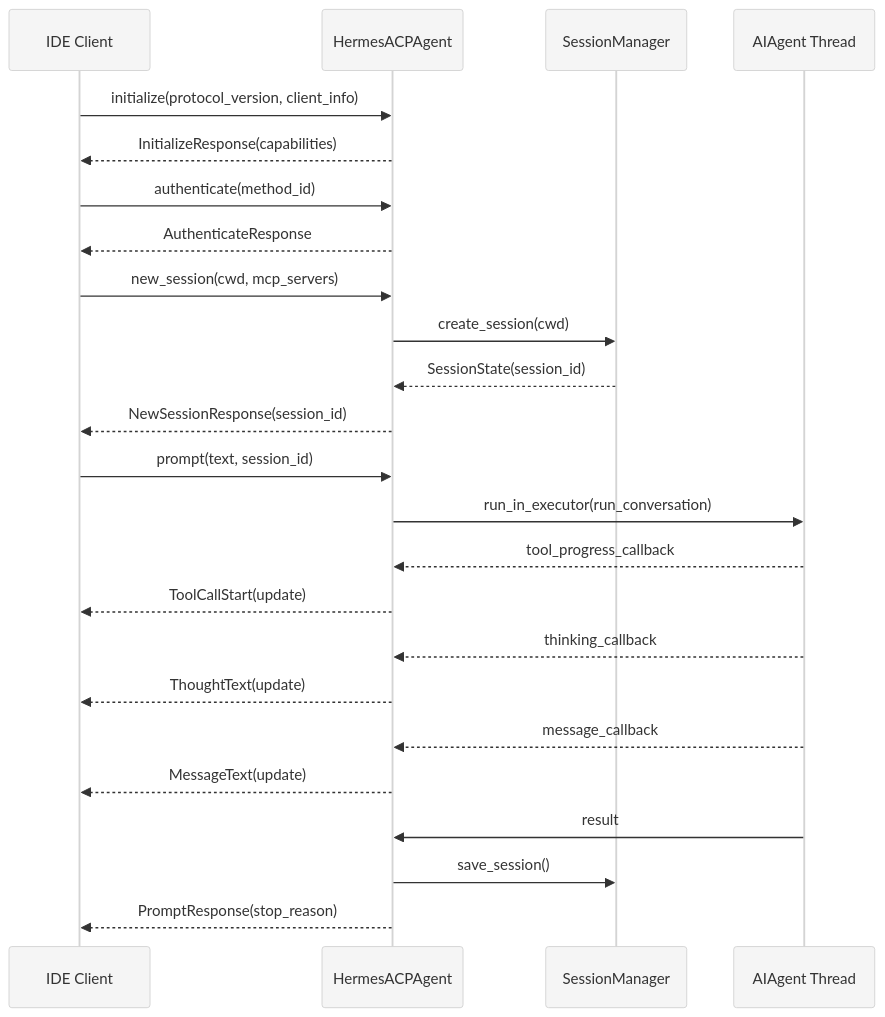
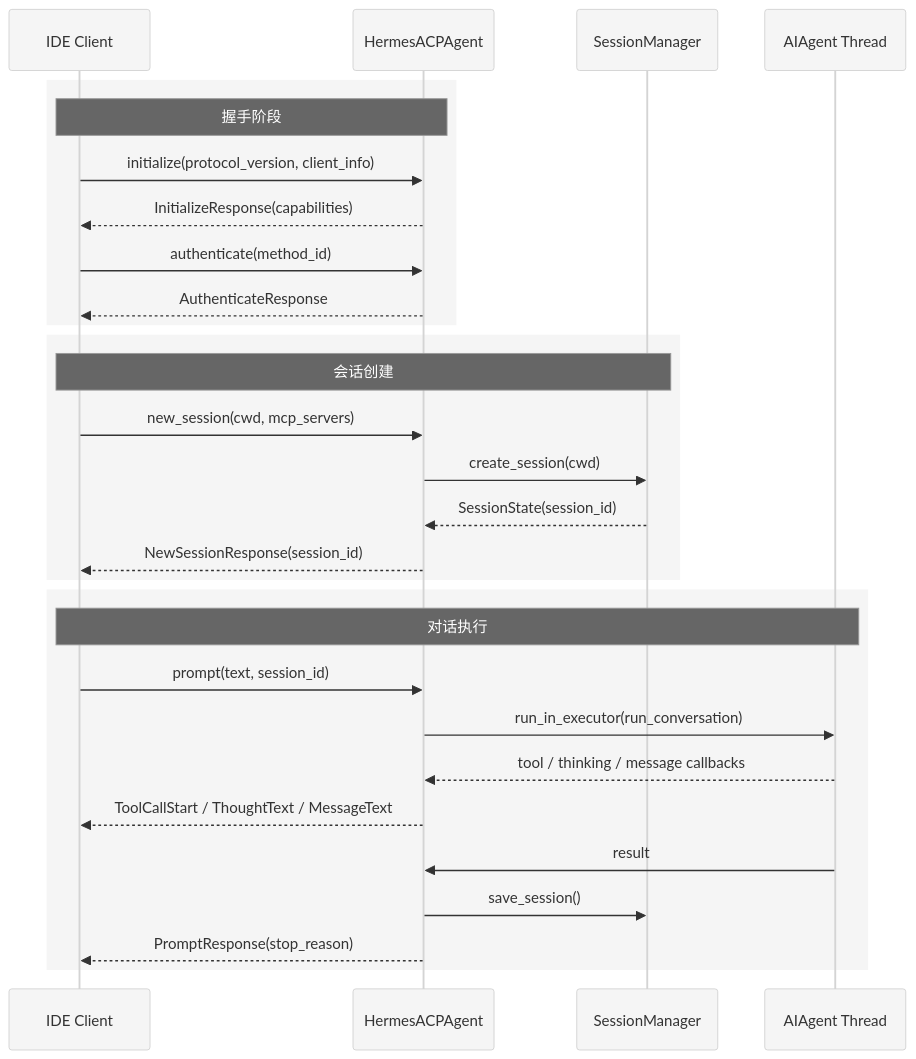
Before and after one commit to xiaonancs/hermes-agent-study: the second of 2 diagrams in Part II 源码分析/23-ACP-IDE集成.md, drawn with Mermaid. The commit also changed other lines of this file and 32 other files, not shown here.

First line of the commit message:
Mermaid 图表修复：白色背景板 + 长宽比优化

````diff
--- a/Part II 源码分析/23-ACP-IDE集成.md
+++ b/Part II 源码分析/23-ACP-IDE集成.md
@@ -99,28 +99,35 @@
 ```mermaid
 %%{init: {'theme': 'neutral', 'themeVariables': {'background': '#ffffff', 'primaryColor': '#f5f5f5', 'primaryTextColor': '#000000', 'primaryBorderColor': '#333333', 'lineColor': '#444444', 'textColor': '#000000', 'mainBkg': '#f5f5f5', 'nodeBorder': '#333333', 'clusterBkg': '#fafafa', 'clusterBorder': '#888888', 'edgeLabelBackground': '#ffffff'}}}%%
 sequenceDiagram
     participant IDE as IDE Client
     participant ACP as HermesACPAgent
     participant SM as SessionManager
     participant Agent as AIAgent Thread
 
-    IDE->>ACP: initialize(protocol_version, client_info)
-    ACP-->>IDE: InitializeResponse(capabilities)
-    IDE->>ACP: authenticate(method_id)
-    ACP-->>IDE: AuthenticateResponse
-    IDE->>ACP: new_session(cwd, mcp_servers)
-    ACP->>SM: create_session(cwd)
-    SM-->>ACP: SessionState(session_id)
-    ACP-->>IDE: NewSessionResponse(session_id)
-    IDE->>ACP: prompt(text, session_id)
-    ACP->>Agent: run_in_executor(run_conversation)
-    Agent-->>ACP: tool_progress_callback
-    ACP-->>IDE: ToolCallStart(update)
-    Agent-->>ACP: thinking_callback
-    ACP-->>IDE: ThoughtText(update)
-    Agent-->>ACP: message_callback
-    ACP-->>IDE: MessageText(update)
-    Agent->>ACP: result
-    ACP->>SM: save_session()
-    ACP-->>IDE: PromptResponse(stop_reason)
+    rect rgb(245, 245, 245)
+        Note over IDE,ACP: 握手阶段
+        IDE->>ACP: initialize(protocol_version, client_info)
+        ACP-->>IDE: InitializeResponse(capabilities)
+        IDE->>ACP: authenticate(method_id)
+        ACP-->>IDE: AuthenticateResponse
+    end
+
+    rect rgb(245, 245, 245)
+        Note over IDE,SM: 会话创建
+        IDE->>ACP: new_session(cwd, mcp_servers)
+        ACP->>SM: create_session(cwd)
+        SM-->>ACP: SessionState(session_id)
+        ACP-->>IDE: NewSessionResponse(session_id)
+    end
+
+    rect rgb(245, 245, 245)
+        Note over IDE,Agent: 对话执行
+        IDE->>ACP: prompt(text, session_id)
+        ACP->>Agent: run_in_executor(run_conversation)
+        Agent-->>ACP: tool / thinking / message callbacks
+        ACP-->>IDE: ToolCallStart / ThoughtText / MessageText
+        Agent->>ACP: result
+        ACP->>SM: save_session()
+        ACP-->>IDE: PromptResponse(stop_reason)
+    end
 ```
````
